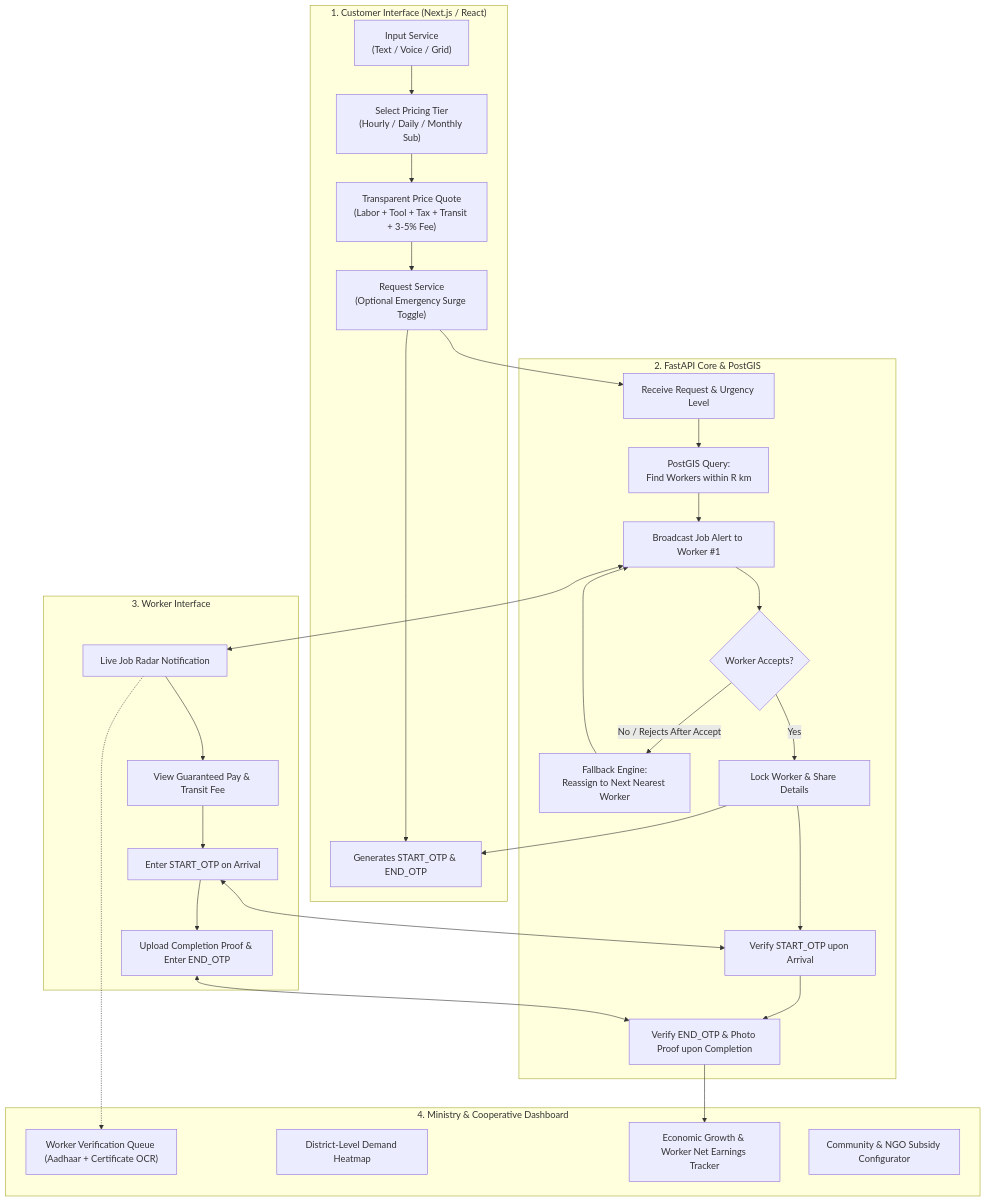
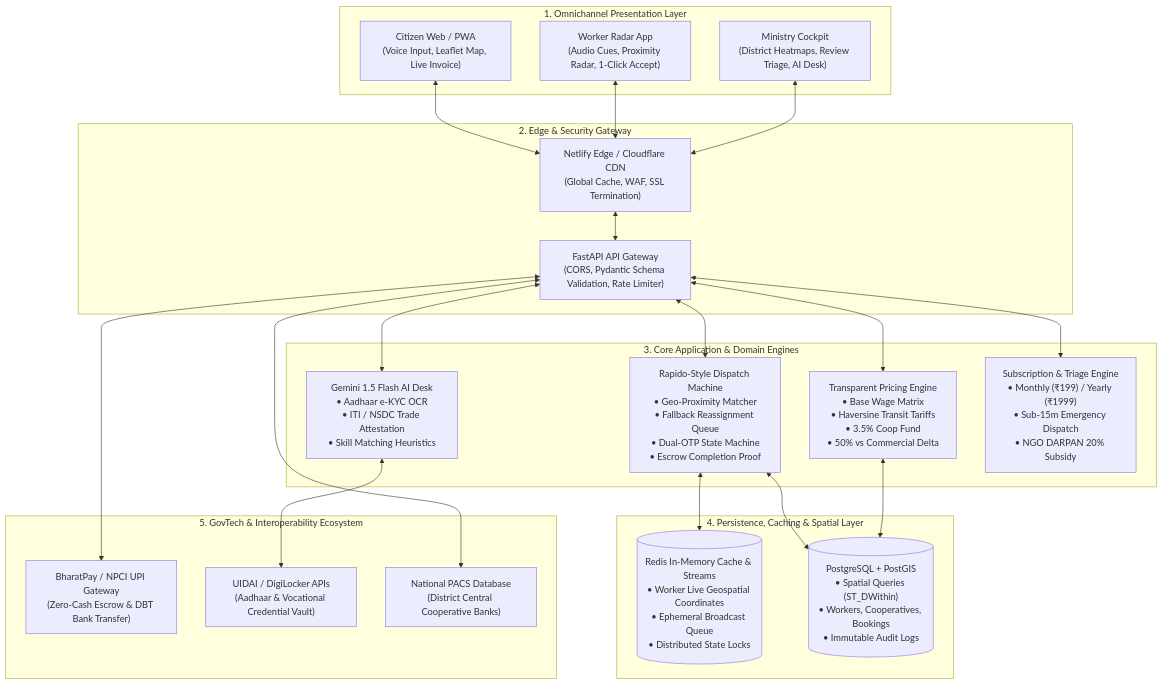
The first of 2 diagrams in implementation_plan.md (Prathmbbajaj/SEVA-SETU-V2), drawn with Mermaid before and after one commit. The commit also changed other lines of this file and 1848 other files, not shown here.

````diff
--- a/implementation_plan.md
+++ b/implementation_plan.md
@@ -22,43 +38,38 @@
 ```mermaid
-flowchart TD
-    subgraph Client["1. Customer Interface (Next.js / React)"]
-        A1["Input Service<br/>(Text / Voice / Grid)"] --> A2["Select Pricing Tier<br/>(Hourly / Daily / Monthly Sub)"]
-        A2 --> A3["Transparent Price Quote<br/>(Labor + Tool + Tax + Transit + 3-5% Fee)"]
-        A3 --> A4["Request Service<br/>(Optional Emergency Surge Toggle)"]
-        A4 --> A5["Generates START_OTP & END_OTP"]
+flowchart TB
+    subgraph Clients["1. Omnichannel Presentation Layer"]
+        C1["Citizen Web / PWA<br/>(Voice Input, Leaflet Map, Live Invoice)"]
+        C2["Worker Radar App<br/>(Audio Cues, Proximity Radar, 1-Click Accept)"]
+        C3["Ministry Cockpit<br/>(District Heatmaps, Review Triage, AI Desk)"]
     end
 
-    subgraph Backend["2. FastAPI Core & PostGIS"]
-        B1["Receive Request & Urgency Level"] --> B2["PostGIS Query:<br/>Find Workers within R km"]
-        B2 --> B3["Broadcast Job Alert to Worker #1"]
-        B3 --> B4{"Worker Accepts?"}
-        B4 -- "No / Rejects After Accept" --> B5["Fallback Engine:<br/>Reassign to Next Nearest Worker"]
-        B5 --> B3
-        B4 -- "Yes" --> B6["Lock Worker & Share Details"]
-        B6 --> B7["Verify START_OTP upon Arrival"]
-        B7 --> B8["Verify END_OTP & Photo Proof upon Completion"]
+    subgraph Edge["2. Edge & Security Gateway"]
+        CDN["Netlify Edge / Cloudflare CDN<br/>(Global Cache, WAF, SSL Termination)"]
+        GW["FastAPI API Gateway<br/>(CORS, Pydantic Schema Validation, Rate Limiter)"]
     end
 
-    subgraph Worker["3. Worker Interface"]
-        W1["Live Job Radar Notification"]
-        W2["View Guaranteed Pay & Transit Fee"]
-        W3["Enter START_OTP on Arrival"]
-        W4["Upload Completion Proof & Enter END_OTP"]
-        W1 --> W2 --> W3 --> W4
+    subgraph Engines["3. Core Application & Domain Engines"]
+        PRICING["Transparent Pricing Engine<br/>• Base Wage Matrix<br/>• Haversine Transit Tariffs<br/>• 3.5% Coop Fund<br/>• 50% vs Commercial Delta"]
+        DISPATCH["Rapido-Style Dispatch Machine<br/>• Geo-Proximity Matcher<br/>• Fallback Reassignment Queue<br/>• Dual-OTP State Machine<br/>• Escrow Completion Proof"]
+        AI_OCR["Gemini 1.5 Flash AI Desk<br/>• Aadhaar e-KYC OCR<br/>• ITI / NSDC Trade Attestation<br/>• Skill Matching Heuristics"]
+        SUBS["Subscription & Triage Engine<br/>• Monthly (₹199) / Yearly (₹1999)<br/>• Sub-15m Emergency Dispatch<br/>• NGO DARPAN 20% Subsidy"]
     end
 
-    subgraph Govt["4. Ministry & Cooperative Dashboard"]
-        G1["Worker Verification Queue (Aadhaar + Certificate OCR)"]
-        G2["District-Level Demand Heatmap"]
-        G3["Economic Growth & Worker Net Earnings Tracker"]
-        G4["Community & NGO Subsidy Configurator"]
+    subgraph Data["4. Persistence, Caching & Spatial Layer"]
+        REDIS[("Redis In-Memory Cache & Streams<br/>• Worker Live Geospatial Coordinates<br/>• Ephemeral Broadcast Queue<br/>• Distributed State Locks")]
+        POSTGIS[("PostgreSQL + PostGIS<br/>• Spatial Queries (ST_DWithin)<br/>• Workers, Cooperatives, Bookings<br/>• Immutable Audit Logs")]
     end
 
-    A4 --> B1
-    B3 <--> W1
-    B6 --> A5
-    W3 <--> B7
-    W4 <--> B8
-    B8 --> G3
-    W1 -.-> G1
+    subgraph External["5. GovTech & Interoperability Ecosystem"]
+        NPCI["BharatPay / NPCI UPI Gateway<br/>(Zero-Cash Escrow & DBT Bank Transfer)"]
+        UIDAI["UIDAI / DigiLocker APIs<br/>(Aadhaar & Vocational Credential Vault)"]
+        PACS["National PACS Database<br/>(District Central Cooperative Banks)"]
+    end
+
+    C1 & C2 & C3 <--> CDN <--> GW
+    GW <--> PRICING & DISPATCH & AI_OCR & SUBS
+    DISPATCH <--> REDIS
+    DISPATCH & PRICING <--> POSTGIS
+    AI_OCR <--> UIDAI
+    GW <--> NPCI & PACS
 ```
````
